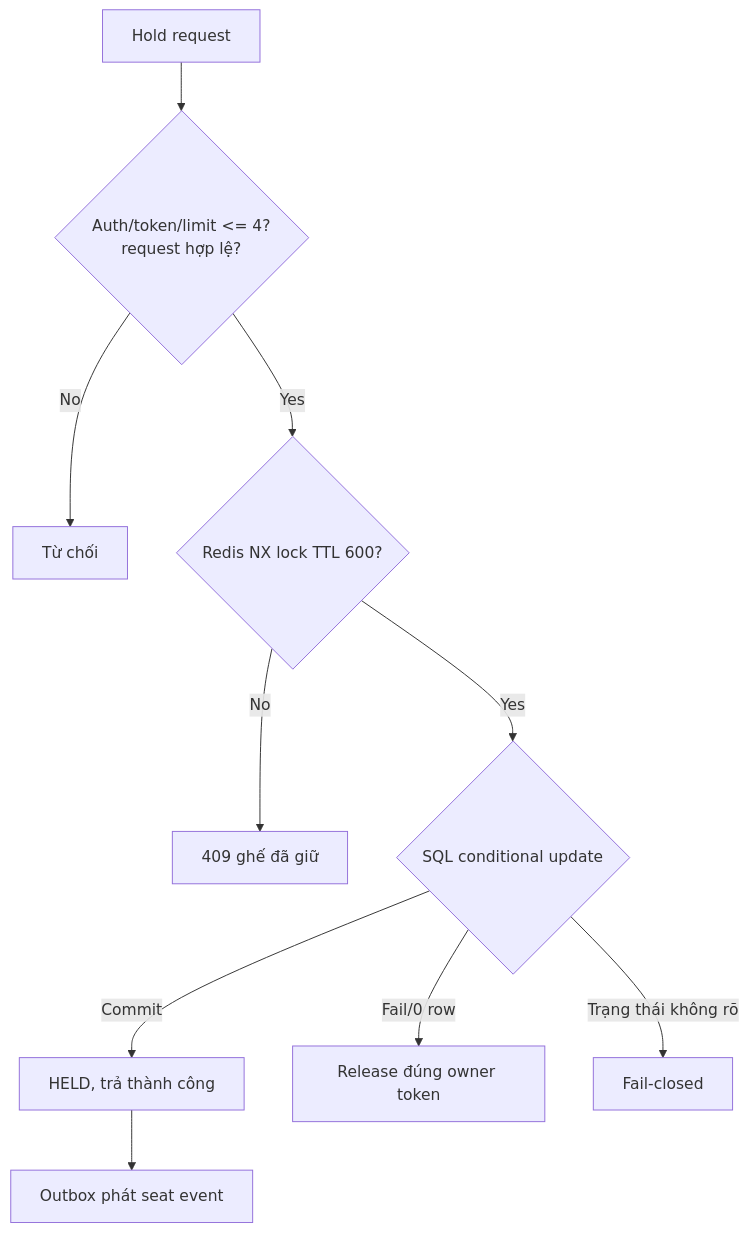
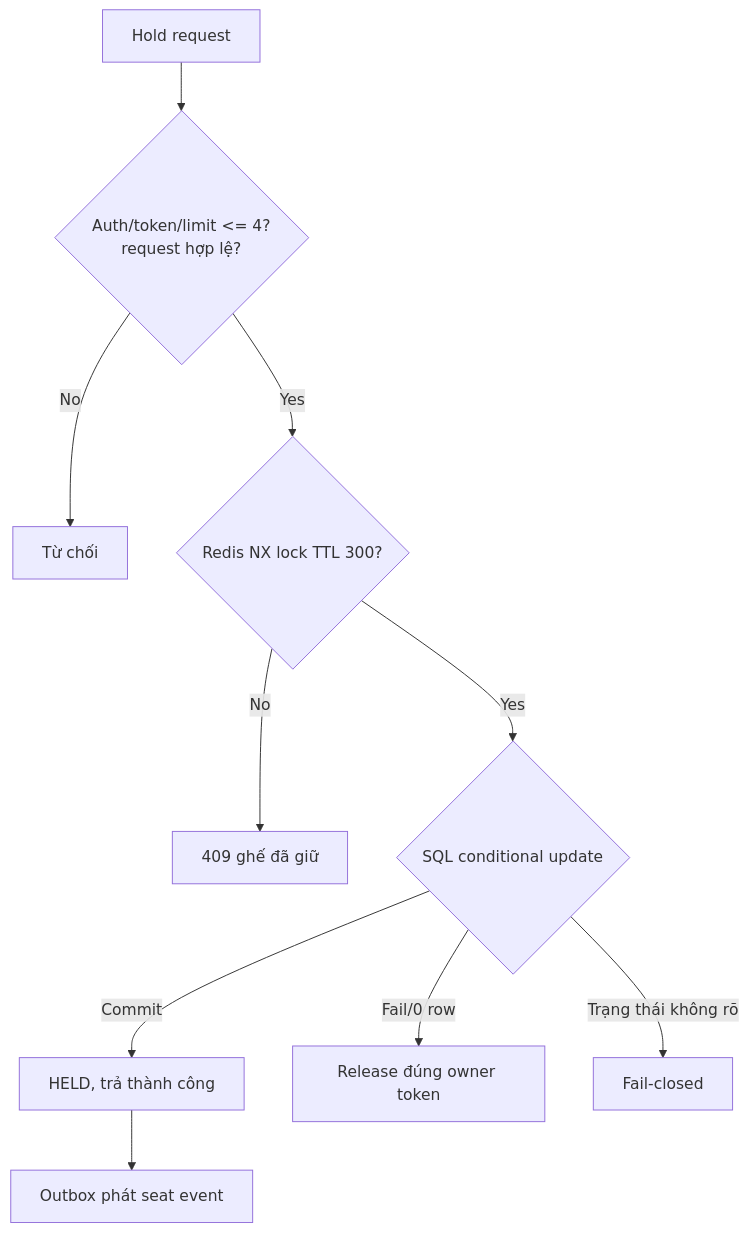
Diagram 19 of 20 in business-analysis/System_Design_Presentation.md (toanteng11/concert-ticketing-docs), drawn with Mermaid before and after one commit. The commit also changed other lines of this file and 43 other files, not shown here.

````diff
--- a/business-analysis/System_Design_Presentation.md
+++ b/business-analysis/System_Design_Presentation.md
@@ -900,12 +901,12 @@
-~~~mermaid
+```mermaid
 flowchart TD
   req["Hold request"] --> valid{"Auth/token/limit <= 4?<br/>request hợp lệ?"}
   valid -->|No| reject["Từ chối"]
-  valid -->|Yes| lock{"Redis NX lock TTL 600?"}
+  valid -->|Yes| lock{"Redis NX lock TTL 300?"}
   lock -->|No| conflict["409 ghế đã giữ"]
   lock -->|Yes| sql{"SQL conditional update"}
   sql -->|Commit| ok["HELD, trả thành công"]
   ok --> event["Outbox phát seat event"]
   sql -->|Fail/0 row| release["Release đúng owner token"]
   sql -->|Trạng thái không rõ| closed["Fail-closed"]
-~~~
+```
````
